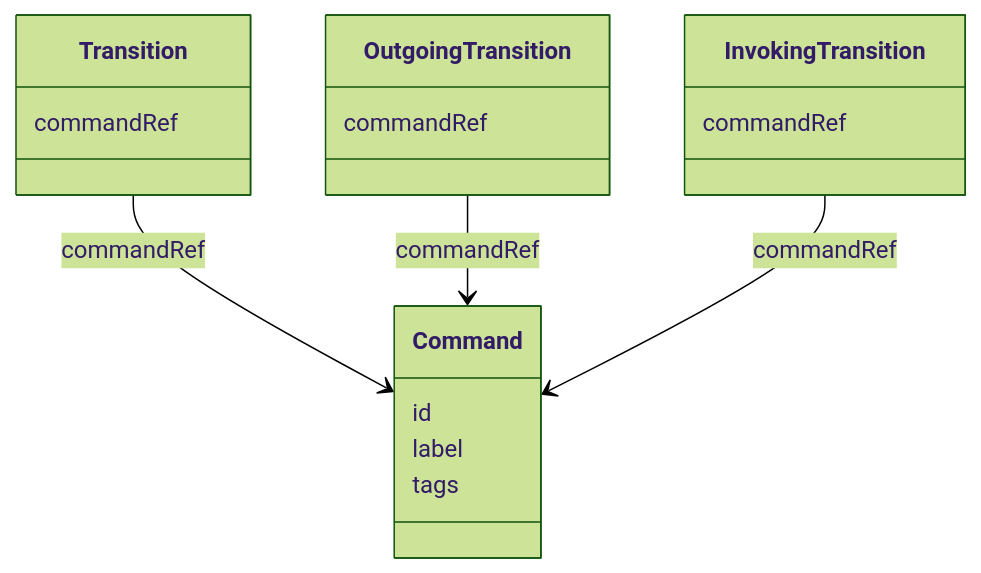
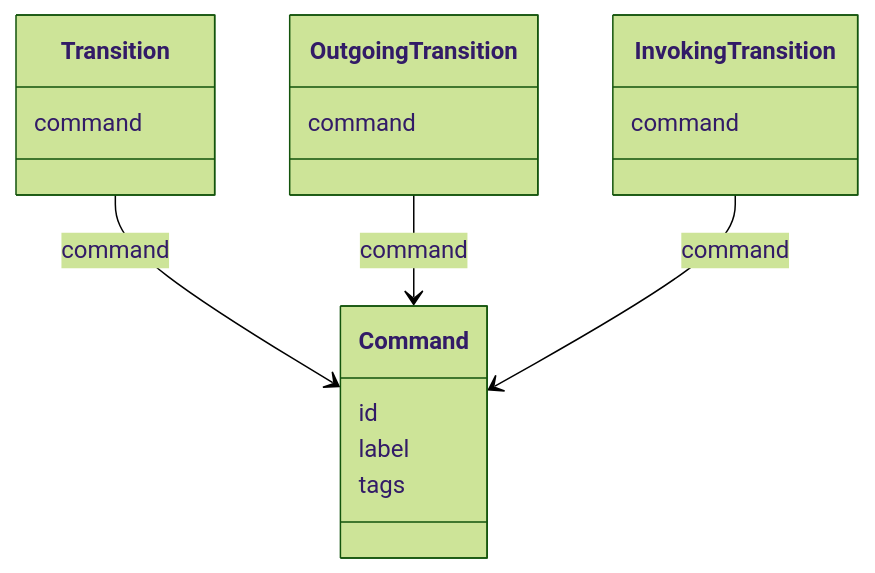
Before and after one commit to openuji/spec-ujg: the tenth of 15 diagrams in specs/ed/graph/index.md, drawn with Mermaid (forest theme). The commit also changed other lines of this file and 370 other files, not shown here.

````diff
--- a/specs/ed/graph/index.md
+++ b/specs/ed/graph/index.md
@@ -1017,21 +711,21 @@
 ```mermaid
 classDiagram
   class Command {
     id
     label
     tags
   }
   class Transition {
-    commandRef
+    command
   }
   class OutgoingTransition {
-    commandRef
+    command
   }
   class InvokingTransition {
-    commandRef
+    command
   }
 
-  Transition --> Command : commandRef
-  OutgoingTransition --> Command : commandRef
-  InvokingTransition --> Command : commandRef
+  Transition --> Command : command
+  OutgoingTransition --> Command : command
+  InvokingTransition --> Command : command
 ```
````
